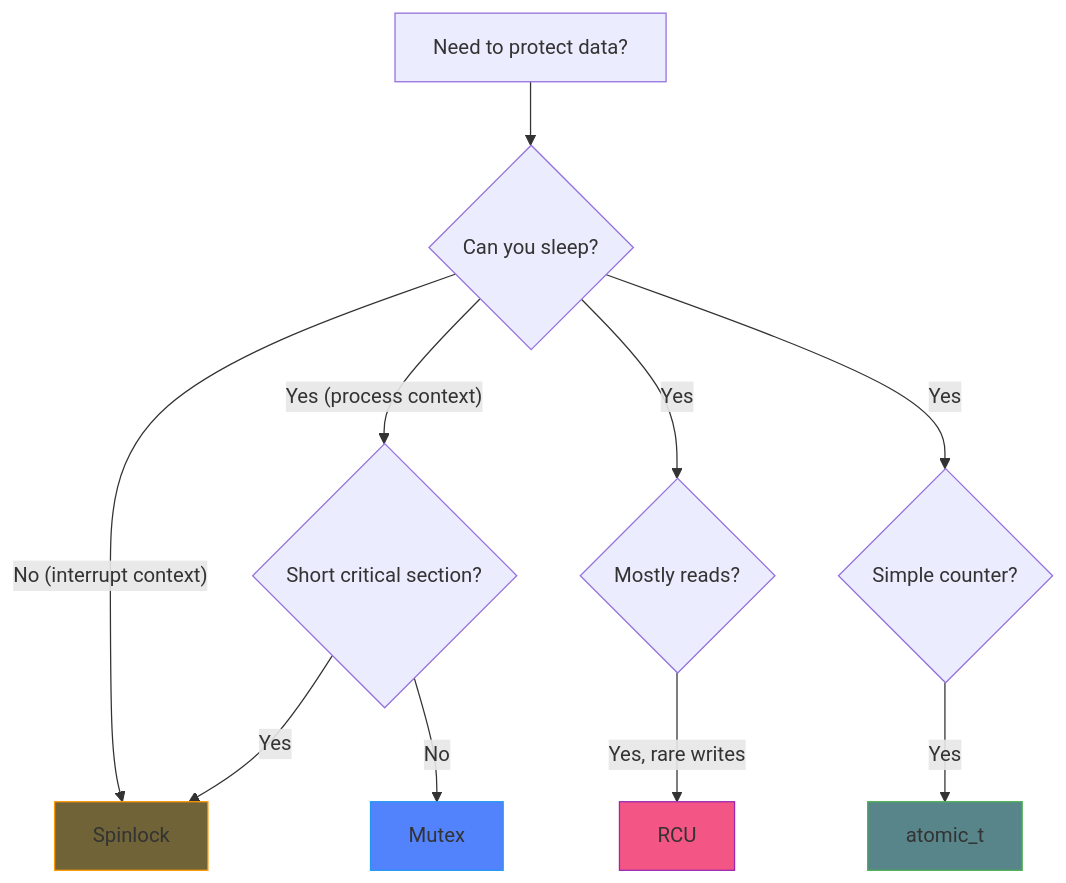
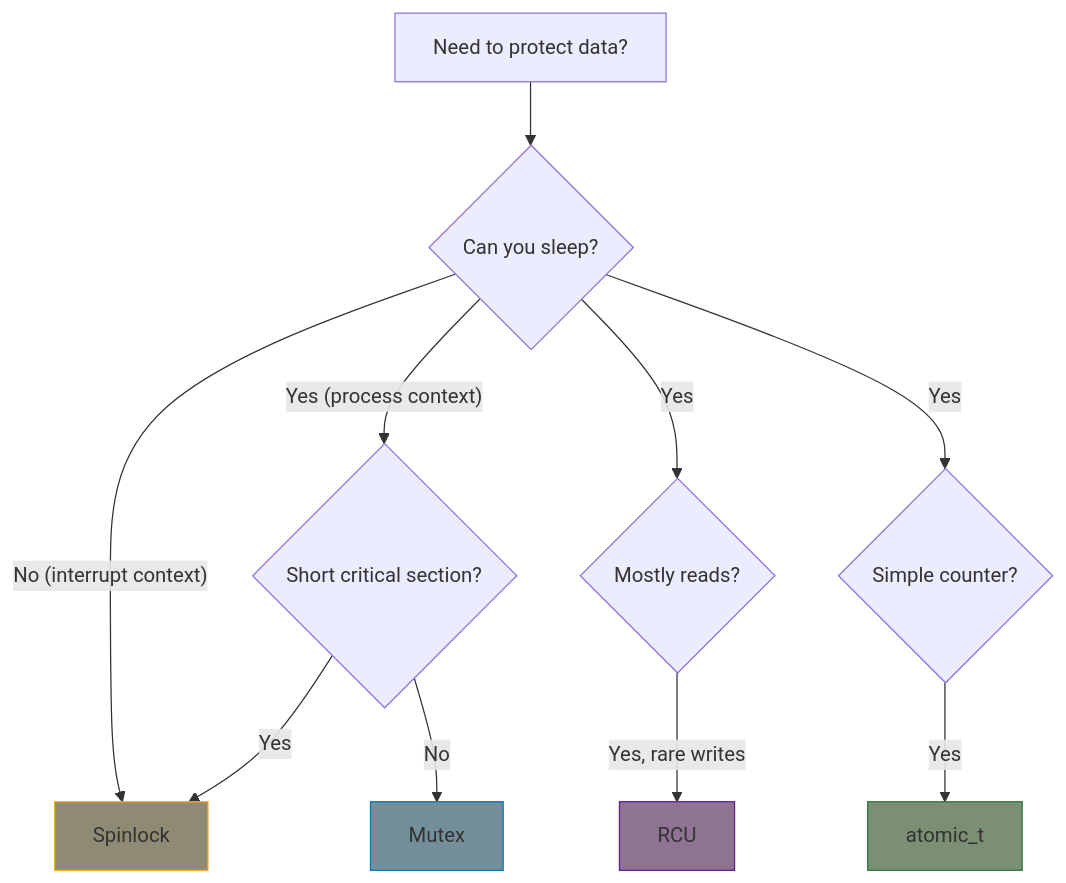
The second of 2 diagrams in part4/index.md (MichaelTien8901/linux-driver-guide-tutorial), drawn with Mermaid before and after one commit. The commit also changed other lines of this file and 36 other files, not shown here.

Commit message:
Fix mermaid diagram colors to use consistent paper-like theme

````diff
--- a/part4/index.md
+++ b/part4/index.md
@@ -62,23 +62,23 @@
 ```mermaid
 flowchart TD
     Start["Need to protect data?"]
     Sleep{"Can you sleep?"}
     Duration{"Short critical section?"}
     Read{"Mostly reads?"}
     Counter{"Simple counter?"}
 
     Start --> Sleep
     Sleep -->|"No (interrupt context)"| Spin["Spinlock"]
     Sleep -->|"Yes (process context)"| Duration
     Duration -->|"Yes"| Spin
     Duration -->|"No"| Mutex["Mutex"]
     Sleep -->|"Yes"| Read
     Read -->|"Yes, rare writes"| RCU["RCU"]
     Sleep -->|"Yes"| Counter
     Counter -->|"Yes"| Atomic["atomic_t"]
 
-    style Spin fill:#6f6337, stroke:#ff9800
-    style Mutex fill:#5382fd,stroke:#2196f3
-    style RCU fill:#f35585,stroke:#9c27b0
-    style Atomic fill:#588589,stroke:#4caf50
+    style Spin fill:#8f8a73,stroke:#f9a825
+    style Mutex fill:#738f99,stroke:#0277bd
+    style RCU fill:#8f7392,stroke:#6a1b9a
+    style Atomic fill:#7a8f73,stroke:#2e7d32
 ```
````
